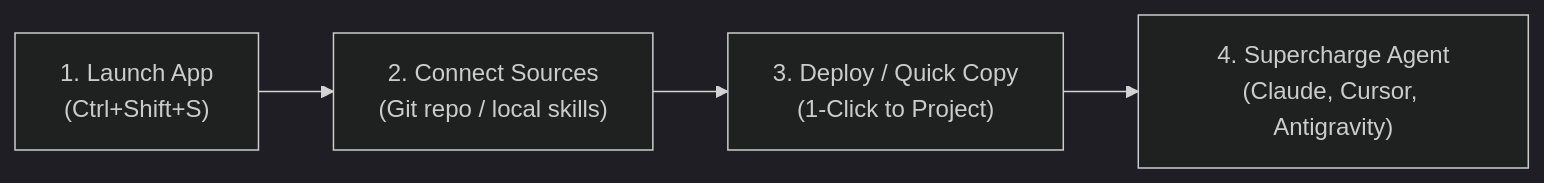
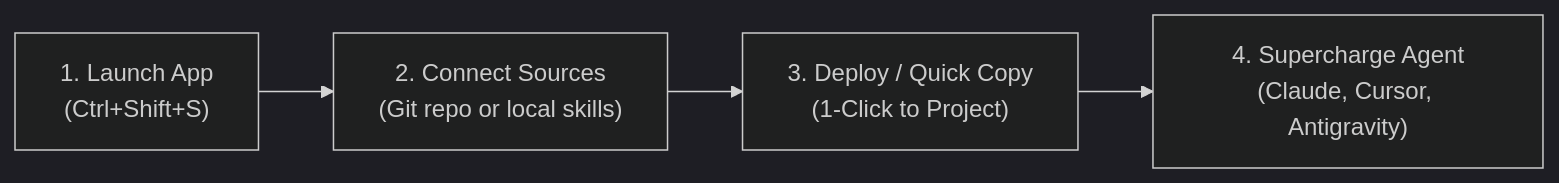
One commit to dishanagalawatta/SkillManager changed the first of 2 diagrams in README.md. Above: the diagram before and after it, drawn with Mermaid (dark theme). The commit also changed other lines of this file, not shown here.

````diff
--- a/README.md
+++ b/README.md
@@ -84,6 +103,6 @@
 ```mermaid
 flowchart LR
-    A["1. Launch App\n(Ctrl+Shift+S)"] --> B["2. Connect Sources\n(Git repo / local skills)"]
+    A["1. Launch App\n(Ctrl+Shift+S)"] --> B["2. Connect Sources\n(Git repo or local skills)"]
     B --> C["3. Deploy / Quick Copy\n(1-Click to Project)"]
     C --> D["4. Supercharge Agent\n(Claude, Cursor, Antigravity)"]
 ```
````
